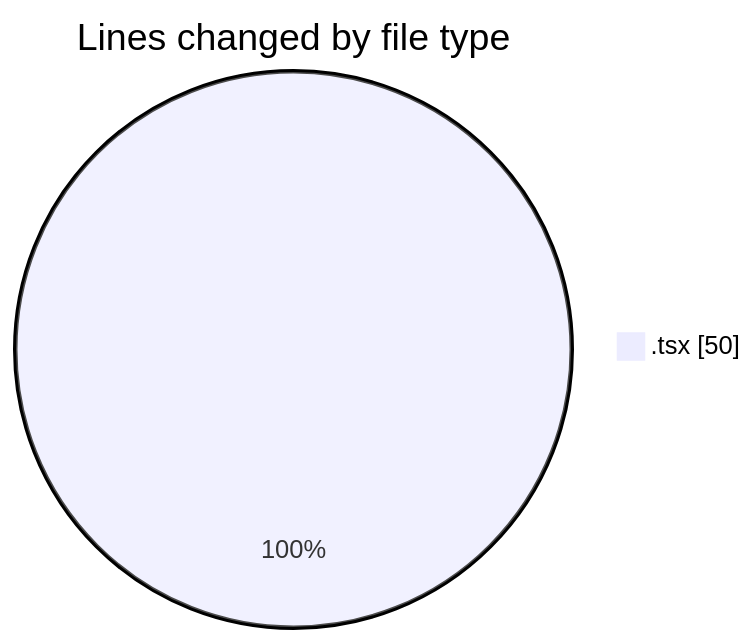
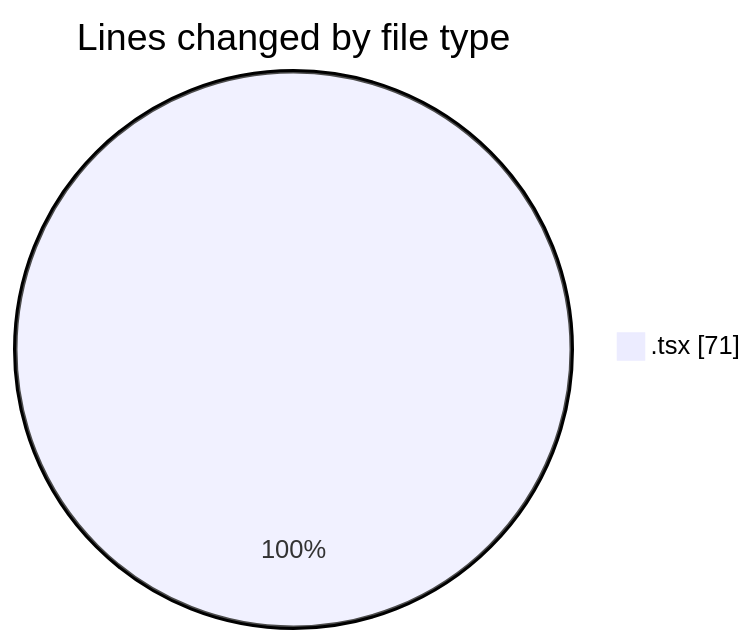
One commit to nxtqubesakshisongat/code-tracking changed the first of 2 diagrams in 2026-02-23/nxtqube_webapp/README.md. Above: the diagram before and after it, drawn with Mermaid. The commit also changed other lines of this file and 1 other file, not shown here.

````diff
--- a/2026-02-23/nxtqube_webapp/README.md
+++ b/2026-02-23/nxtqube_webapp/README.md
@@ -20,5 +20,5 @@
 ```mermaid
 pie showData
 title Lines changed by file type
-".tsx" : 50
+".tsx" : 71
 ```
````
